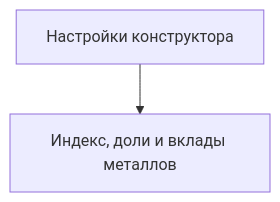
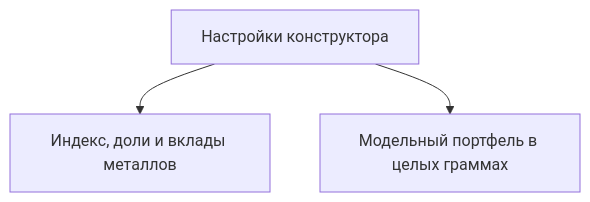
One commit to Red-Panda-Dev/tokenbel-wiki changed the fourth of 4 diagrams in content/guides/rukovodstvo-polzovatelia/kursy-valyut-i-dragmetallov/index.md. Above: the diagram before and after it, drawn with Mermaid. The commit also changed other lines of this file, not shown here.

````diff
--- a/content/guides/rukovodstvo-polzovatelia/kursy-valyut-i-dragmetallov/index.md
+++ b/content/guides/rukovodstvo-polzovatelia/kursy-valyut-i-dragmetallov/index.md
@@ -333,4 +418,5 @@
 ```mermaid
 flowchart TD
     D[Настройки конструктора] --> E[Индекс, доли и вклады металлов]
+    D --> F[Модельный портфель в целых граммах]
 ```
````
